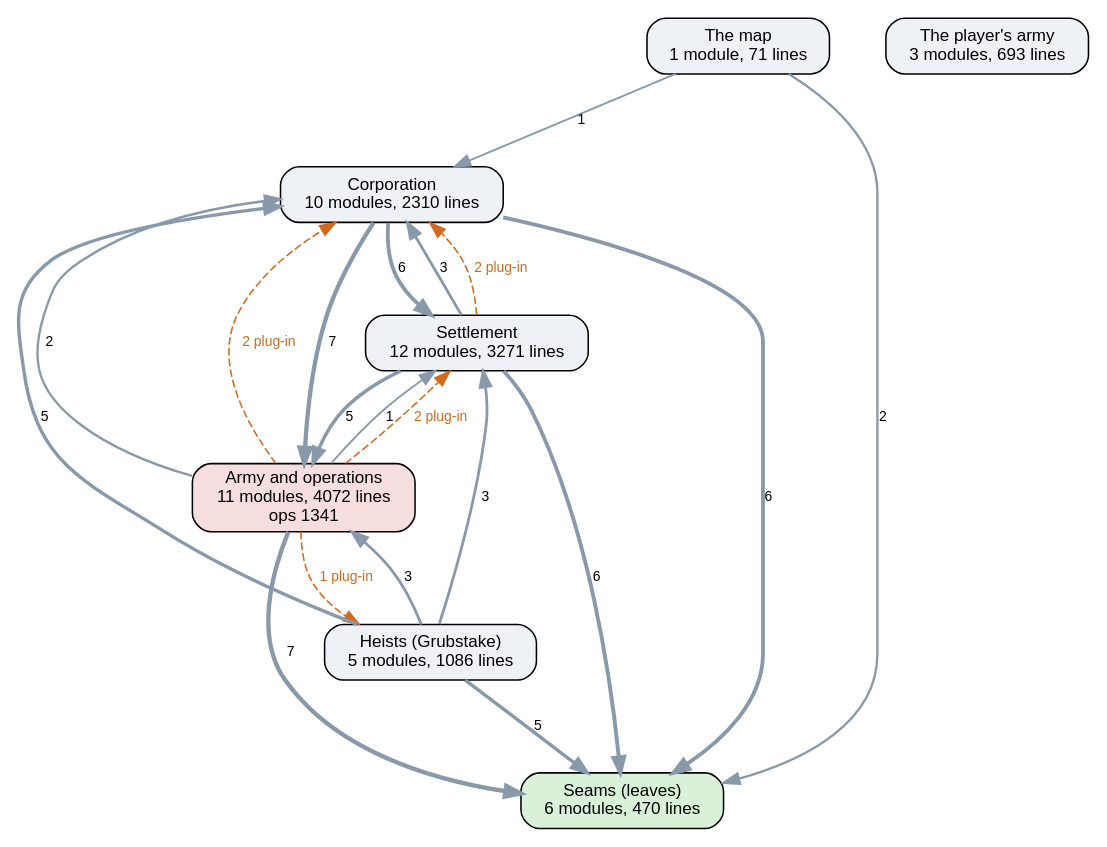
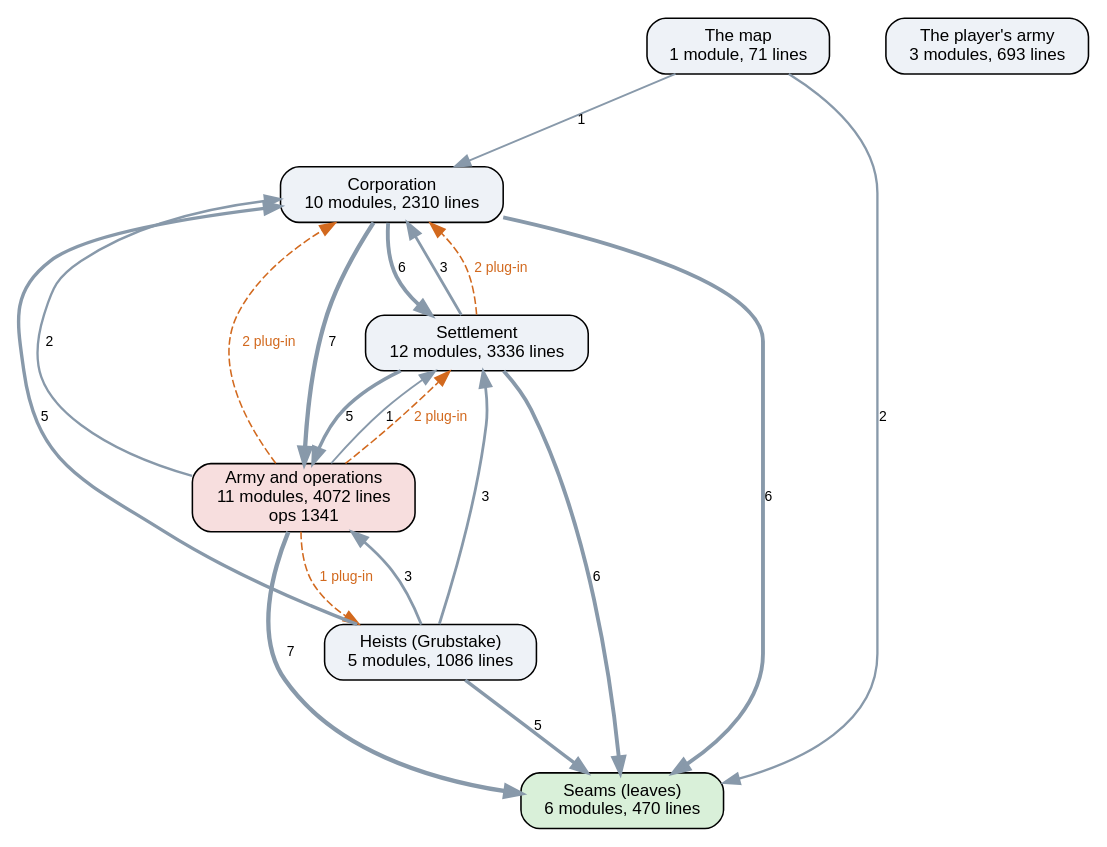
One commit to kinelhu/landing-party changed the diagram in docs/ai-layers.dot. Above: the diagram before and after it, drawn with Graphviz. The commit also changed 10 other files, not shown here.

```diff
--- a/docs/ai-layers.dot
+++ b/docs/ai-layers.dot
@@ -1,31 +1,31 @@
 digraph layers {
   graph [rankdir=TB, fontname="Helvetica", nodesep=0.5, ranksep=0.7];
   node [shape=box, style="rounded,filled", fontname="Helvetica", fontsize=11, fillcolor="#eef2f7"];
   edge [color="#8899aa", fontname="Helvetica", fontsize=9];
   "Seams (leaves)" [label="Seams (leaves)\n6 modules, 470 lines", fillcolor="#d9f0d9"];
   "Corporation" [label="Corporation\n10 modules, 2310 lines", fillcolor="#eef2f7"];
-  "Settlement" [label="Settlement\n12 modules, 3271 lines", fillcolor="#eef2f7"];
+  "Settlement" [label="Settlement\n12 modules, 3336 lines", fillcolor="#eef2f7"];
   "Army and operations" [label="Army and operations\n11 modules, 4072 lines\nops 1341", fillcolor="#f7dede"];
   "Heists (Grubstake)" [label="Heists (Grubstake)\n5 modules, 1086 lines", fillcolor="#eef2f7"];
   "The map" [label="The map\n1 module, 71 lines", fillcolor="#eef2f7"];
   "The player's army" [label="The player's army\n3 modules, 693 lines", fillcolor="#eef2f7"];
   "Army and operations" -> "Corporation" [label="2", penwidth=1.5];
   "Army and operations" -> "Seams (leaves)" [label="7", penwidth=2.8];
   "Army and operations" -> "Settlement" [label="1", penwidth=1.2];
   "Corporation" -> "Army and operations" [label="7", penwidth=2.8];
   "Corporation" -> "Seams (leaves)" [label="6", penwidth=2.5];
   "Corporation" -> "Settlement" [label="6", penwidth=2.5];
   "Heists (Grubstake)" -> "Army and operations" [label="3", penwidth=1.8];
   "Heists (Grubstake)" -> "Corporation" [label="5", penwidth=2.2];
   "Heists (Grubstake)" -> "Seams (leaves)" [label="5", penwidth=2.2];
   "Heists (Grubstake)" -> "Settlement" [label="3", penwidth=1.8];
   "Settlement" -> "Army and operations" [label="5", penwidth=2.2];
   "Settlement" -> "Corporation" [label="3", penwidth=1.8];
   "Settlement" -> "Seams (leaves)" [label="6", penwidth=2.5];
   "The map" -> "Corporation" [label="1", penwidth=1.2];
   "The map" -> "Seams (leaves)" [label="2", penwidth=1.5];
   "Army and operations" -> "Corporation" [style=dashed, color="#d2691e", fontcolor="#d2691e", label="2 plug-in"];
   "Army and operations" -> "Heists (Grubstake)" [style=dashed, color="#d2691e", fontcolor="#d2691e", label="1 plug-in"];
   "Army and operations" -> "Settlement" [style=dashed, color="#d2691e", fontcolor="#d2691e", label="2 plug-in"];
   "Settlement" -> "Corporation" [style=dashed, color="#d2691e", fontcolor="#d2691e", label="2 plug-in"];
 }
```
